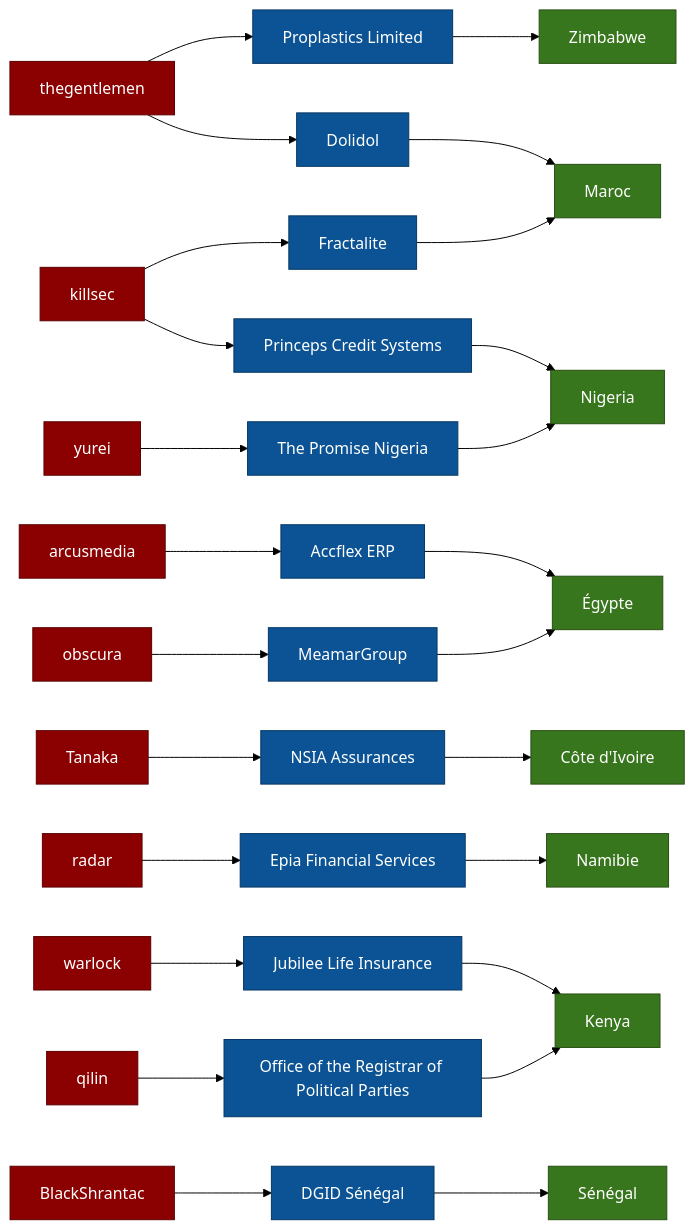
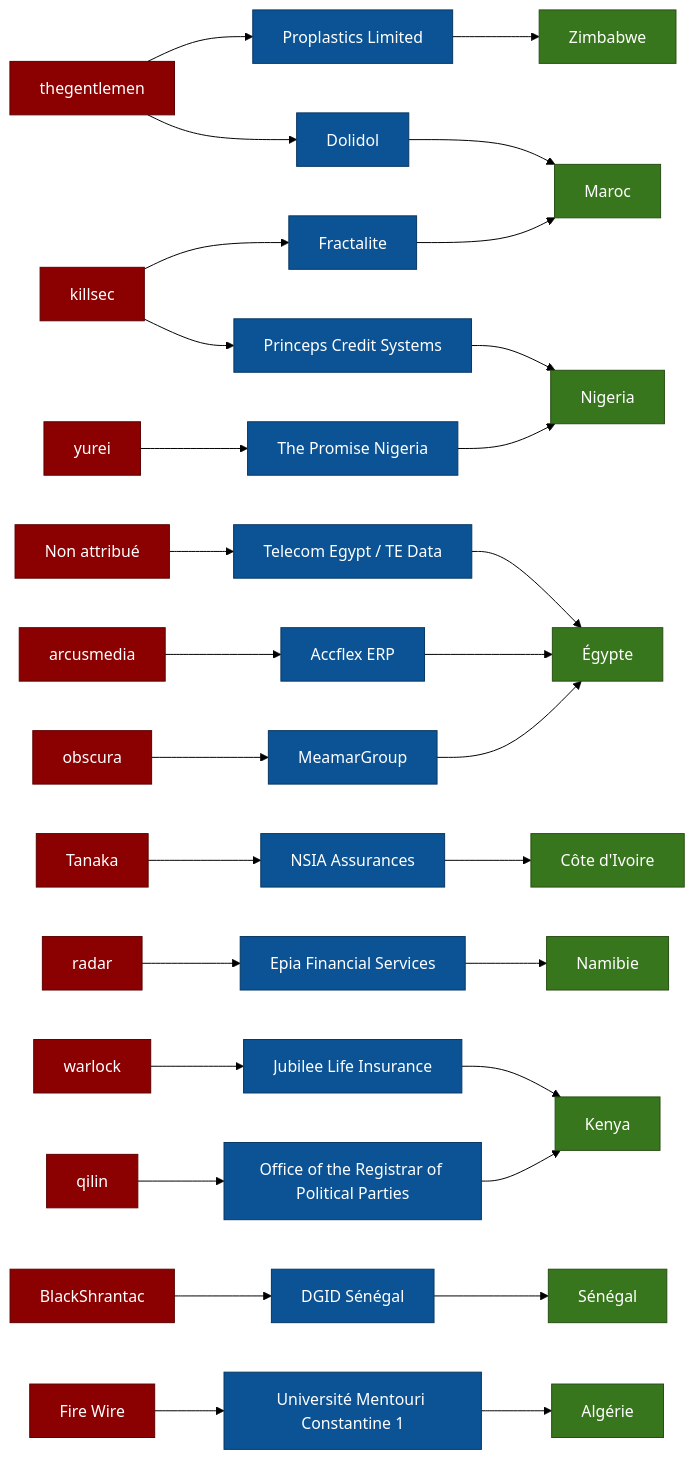
Before and after one commit to Hatchepsoute/AFRINTEL: the third of 3 diagrams in CyberAttackAfrica/2025/09-september/README_FR.md, drawn with Mermaid (forest theme). The commit also changed other lines of this file and 255 other files, not shown here.

````diff
--- a/CyberAttackAfrica/2025/09-september/README_FR.md
+++ b/CyberAttackAfrica/2025/09-september/README_FR.md
@@ -140,47 +169,53 @@
 ```mermaid
 graph LR
 
 A1[thegentlemen] --> V1[Dolidol]
 V1 --> P1[Maroc]
 
 A1 --> V2[Proplastics Limited]
 V2 --> P2[Zimbabwe]
 
 A2[killsec] --> V3[Princeps Credit Systems]
 V3 --> P3[Nigeria]
 
 A2 --> V4[Fractalite]
 V4 --> P1
 
 A3[obscura] --> V5[MeamarGroup]
 V5 --> P4[Égypte]
 
 A4[Tanaka] --> V6[NSIA Assurances]
 V6 --> P5[Côte d'Ivoire]
 
 A5[yurei] --> V7[The Promise Nigeria]
 V7 --> P3
 
 A6[radar] --> V8[Epia Financial Services]
 V8 --> P6[Namibie]
 
 A7[qilin] --> V9[Office of the Registrar of Political Parties]
 V9 --> P7[Kenya]
 
 A8[warlock] --> V10[Jubilee Life Insurance]
 V10 --> P7
 
 A9[arcusmedia] --> V11[Accflex ERP]
 V11 --> P4
 
 A10[BlackShrantac] --> V12[DGID Sénégal]
 V12 --> P8[Sénégal]
 
+A11[Non attribué] --> V13[Telecom Egypt / TE Data]
+V13 --> P4
+
+A12[Fire Wire] --> V14[Université Mentouri Constantine 1]
+V14 --> P9[Algérie]
+
 classDef actor fill:#8b0000,color:#fff,stroke:#5c0000,stroke-width:1px;
 classDef victim fill:#0b5394,color:#fff,stroke:#073763,stroke-width:1px;
 classDef country fill:#38761d,color:#fff,stroke:#274e13,stroke-width:1px;
 
-class A1,A2,A3,A4,A5,A6,A7,A8,A9,A10 actor;
-class V1,V2,V3,V4,V5,V6,V7,V8,V9,V10,V11,V12 victim;
-class P1,P2,P3,P4,P5,P6,P7,P8 country;
+class A1,A2,A3,A4,A5,A6,A7,A8,A9,A10,A11,A12 actor;
+class V1,V2,V3,V4,V5,V6,V7,V8,V9,V10,V11,V12,V13,V14 victim;
+class P1,P2,P3,P4,P5,P6,P7,P8,P9 country;
 ```
````
